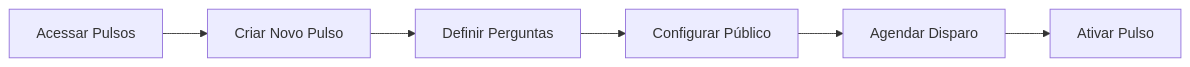
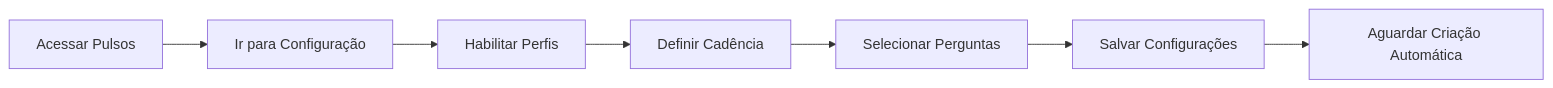
One commit to leapy-edtech/docs changed the first of 6 diagrams in documentation/domains/pulses/journeys.mdx. Above: the diagram before and after it, drawn with Mermaid. The commit also changed other lines of this file and 3 other files, not shown here.

````diff
--- a/documentation/domains/pulses/journeys.mdx
+++ b/documentation/domains/pulses/journeys.mdx
@@ -10,8 +16,9 @@
 ```mermaid
 flowchart LR
-    A[Acessar Pulsos] --> B[Criar Novo Pulso]
-    B --> C[Definir Perguntas]
-    C --> D[Configurar Público]
-    D --> E[Agendar Disparo]
-    E --> F[Ativar Pulso]
+    A[Acessar Pulsos] --> B[Ir para Configuração]
+    B --> C[Habilitar Perfis]
+    C --> D[Definir Cadência]
+    D --> E[Selecionar Perguntas]
+    E --> F[Salvar Configurações]
+    F --> G[Aguardar Criação Automática]
 ```
````
